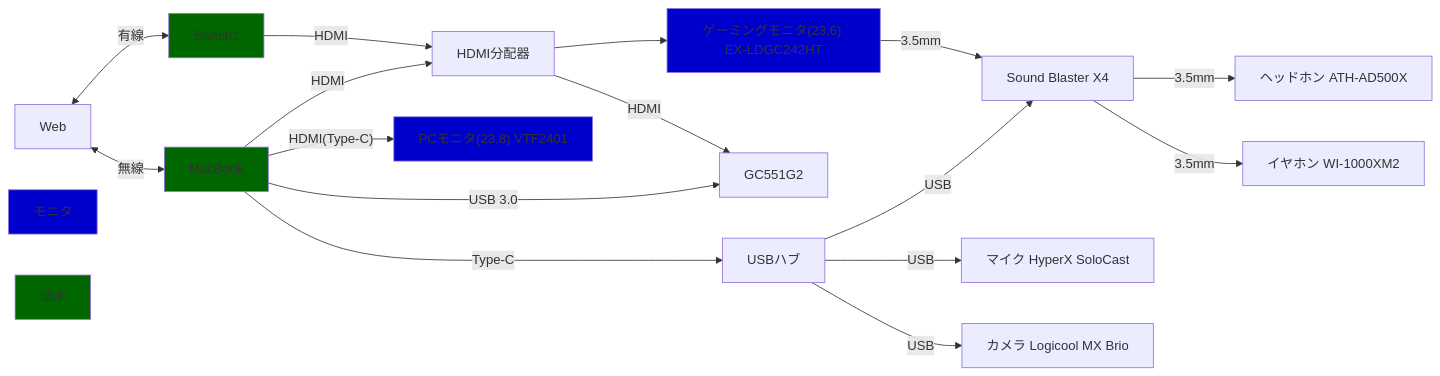
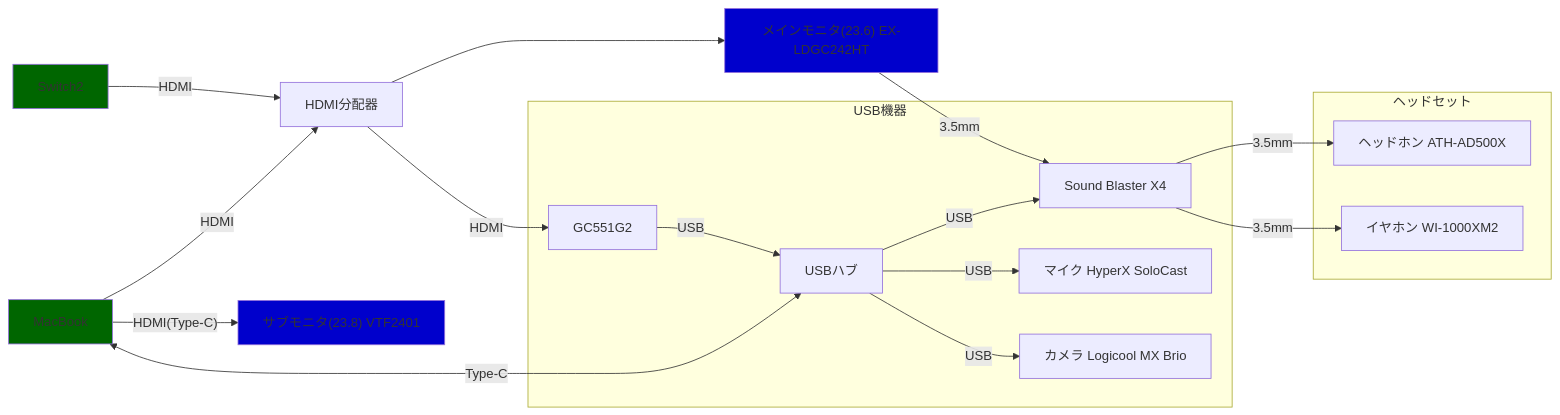
Before and after one commit to kotaoue/gamemo: the second of 2 diagrams in environment/desktop.md, drawn with Mermaid. The commit also changed other lines of this file, not shown here.

Commit message:
docs: 新環境の整理

````diff
--- a/environment/desktop.md
+++ b/environment/desktop.md
@@ -36,28 +36,31 @@
 ```mermaid
 flowchart LR
-    Web <-->|無線| MacBook
-    MacBook -->|Type-C| USBハブ
-    USBハブ -->|USB| DAC["Sound Blaster X4"]
-    USBハブ -->|USB| マイク["マイク HyperX SoloCast"]
-    USBハブ -->|USB| カメラ["カメラ Logicool MX Brio"]
-    MacBook -->|USB 3.0| キャプチャーデバイス["GC551G2"]
     MacBook -->|HDMI| HDMI分配器
-    MacBook -->|"HDMI(Type-C)"| PCモニタ["PCモニタ(23.8) VTF2401"]
-    HDMI分配器 -->ゲーミングモニタ["ゲーミングモニタ(23.6) EX-LDGC242HT"]
+    MacBook -->|"HDMI(Type-C)"| サブモニタ
+    
+    メインモニタ["メインモニタ(23.6) EX-LDGC242HT"]
+    サブモニタ["サブモニタ(23.8) VTF2401"]
+    HDMI分配器-->メインモニタ
 
-    ゲーミングモニタ -->|3.5mm| DAC
-    DAC -->|3.5mm| ヘッドホン["ヘッドホン ATH-AD500X"]
-    DAC -->|3.5mm| イヤフォン["イヤホン WI-1000XM2"]
-    
-    Web <-->|有線| Switch2
+    MacBook <--Type-C--> USBハブ
+    subgraph USB機器
+        キャプチャーデバイス["GC551G2"] -->|USB| USBハブ    
+        USBハブ -->|USB| DAC["Sound Blaster X4"]
+        USBハブ -->|USB| マイク["マイク HyperX SoloCast"]
+        USBハブ -->|USB| カメラ["カメラ Logicool MX Brio"]
+    end
+
     Switch2 -->|HDMI| HDMI分配器
     HDMI分配器 -->|HDMI| キャプチャーデバイス
 
-    style モニタ fill:#00c
-    style ゲーミングモニタ fill:#00c
-    style PCモニタ fill:#00c
-
-    style 端末 fill:#060
+    メインモニタ -->|3.5mm| DAC
+    subgraph ヘッドセット
+        DAC -->|3.5mm| ヘッドホン["ヘッドホン ATH-AD500X"]
+        DAC -->|3.5mm| イヤフォン["イヤホン WI-1000XM2"]
+    end
+    
+    style メインモニタ fill:#00c
+    style サブモニタ fill:#00c
     style MacBook fill:#060
     style Switch2 fill:#060
 ```
````
